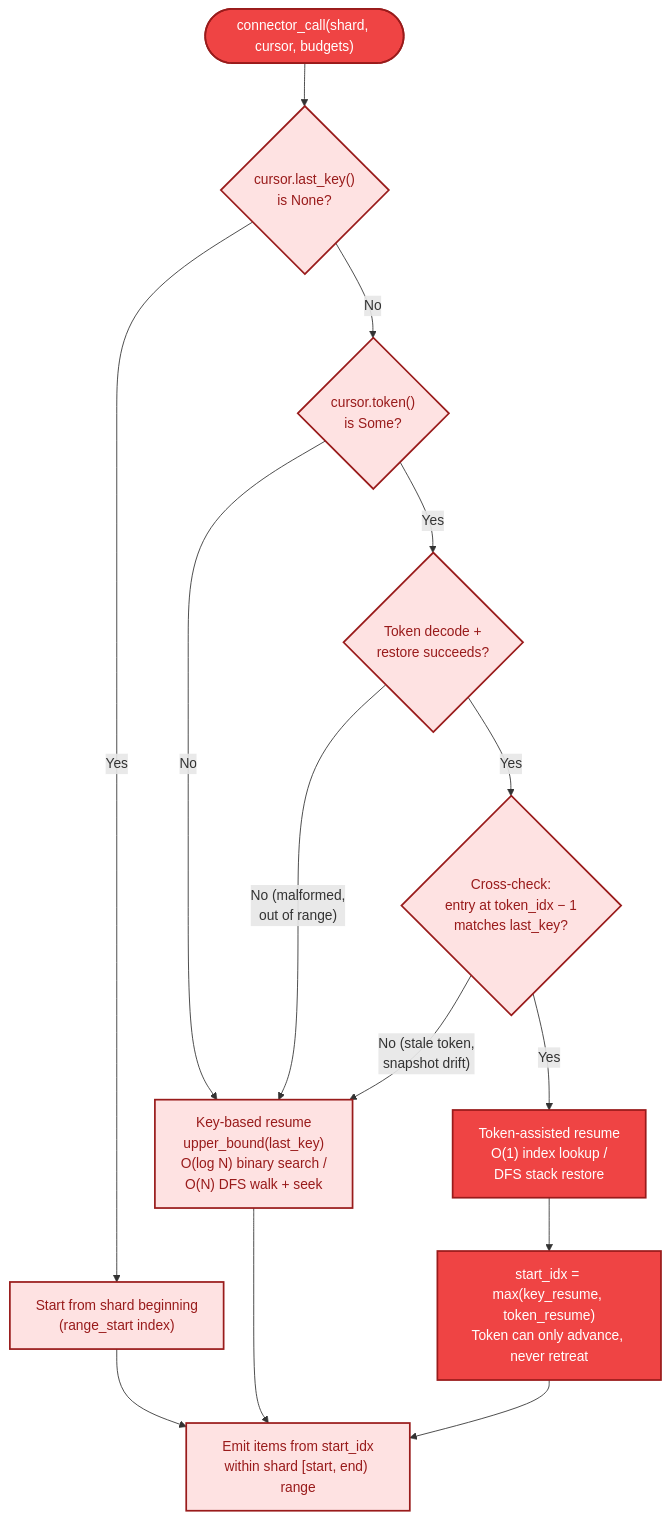
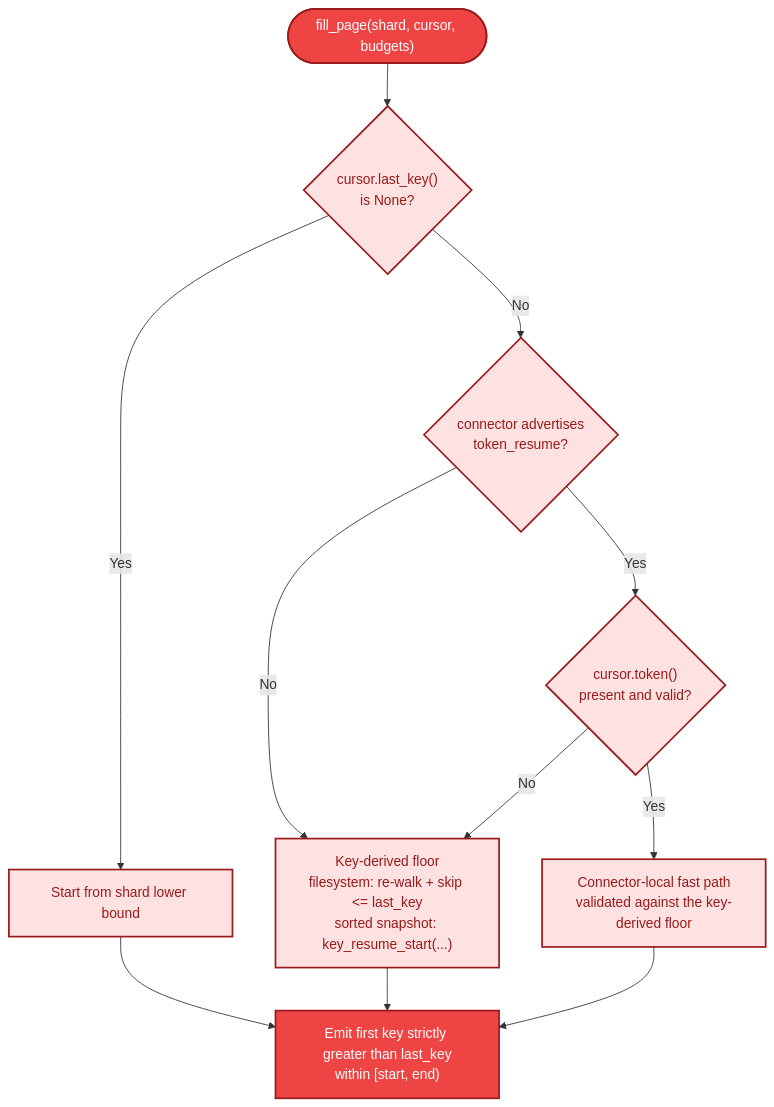
The second of 3 diagrams in diagrams/16-cursor-resume-strategy.md (ahrav/Gossip-rs), drawn with Mermaid before and after one commit. The commit also changed other lines of this file and 10 other files, not shown here.

````diff
--- a/diagrams/16-cursor-resume-strategy.md
+++ b/diagrams/16-cursor-resume-strategy.md
@@ -112,42 +88,34 @@
 ```mermaid
 %% Diagram: resume-decision-tree
 flowchart TD
-    START(["connector_call(shard, cursor, budgets)"])
+    START(["fill_page(shard, cursor, budgets)"])
     Q1{"cursor.last_key()<br/>is None?"}
-    Q2{"cursor.token()<br/>is Some?"}
-    Q3{"Token decode +<br/>restore succeeds?"}
-    Q4{"Cross-check:<br/>entry at token_idx − 1<br/>matches last_key?"}
+    Q2{"connector advertises<br/>token_resume?"}
+    Q3{"cursor.token()<br/>present and valid?"}
 
-    A1["Start from shard beginning<br/>(range_start index)"]
-    A2["Key-based resume<br/>upper_bound(last_key)<br/>O(log N) binary search /<br/>O(N) DFS walk + seek"]
-    A3["Token-assisted resume<br/>O(1) index lookup /<br/>DFS stack restore"]
-
-    MERGE["start_idx = max(key_resume, token_resume)<br/>Token can only advance, never retreat"]
-    EMIT["Emit items from start_idx<br/>within shard [start, end) range"]
+    A1["Start from shard lower bound"]
+    A2["Key-derived floor<br/>filesystem: re-walk + skip <= last_key<br/>sorted snapshot: key_resume_start(...)"]
+    A3["Connector-local fast path<br/>validated against the key-derived floor"]
+    EMIT["Emit first key strictly greater than last_key<br/>within [start, end)"]
 
     START --> Q1
     Q1 -->|"Yes"| A1
     Q1 -->|"No"| Q2
     Q2 -->|"No"| A2
     Q2 -->|"Yes"| Q3
-    Q3 -->|"No (malformed,<br/>out of range)"| A2
-    Q3 -->|"Yes"| Q4
-    Q4 -->|"No (stale token,<br/>snapshot drift)"| A2
-    Q4 -->|"Yes"| A3
+    Q3 -->|"No"| A2
+    Q3 -->|"Yes"| A3
 
     A1 --> EMIT
     A2 --> EMIT
-    A3 --> MERGE
-    MERGE --> EMIT
+    A3 --> EMIT
 
     style START fill:#EF4444,stroke:#991B1B,stroke-width:2px,color:#FFFFFF
     style Q1 fill:#FEE2E2,stroke:#991B1B,stroke-width:2px,color:#991B1B
     style Q2 fill:#FEE2E2,stroke:#991B1B,stroke-width:2px,color:#991B1B
     style Q3 fill:#FEE2E2,stroke:#991B1B,stroke-width:2px,color:#991B1B
-    style Q4 fill:#FEE2E2,stroke:#991B1B,stroke-width:2px,color:#991B1B
     style A1 fill:#FEE2E2,stroke:#991B1B,stroke-width:2px,color:#991B1B
     style A2 fill:#FEE2E2,stroke:#991B1B,stroke-width:2px,color:#991B1B
-    style A3 fill:#EF4444,stroke:#991B1B,stroke-width:2px,color:#FFFFFF
-    style MERGE fill:#EF4444,stroke:#991B1B,stroke-width:2px,color:#FFFFFF
-    style EMIT fill:#FEE2E2,stroke:#991B1B,stroke-width:2px,color:#991B1B
+    style A3 fill:#FEE2E2,stroke:#991B1B,stroke-width:2px,color:#991B1B
+    style EMIT fill:#EF4444,stroke:#991B1B,stroke-width:2px,color:#FFFFFF
 ```
````
